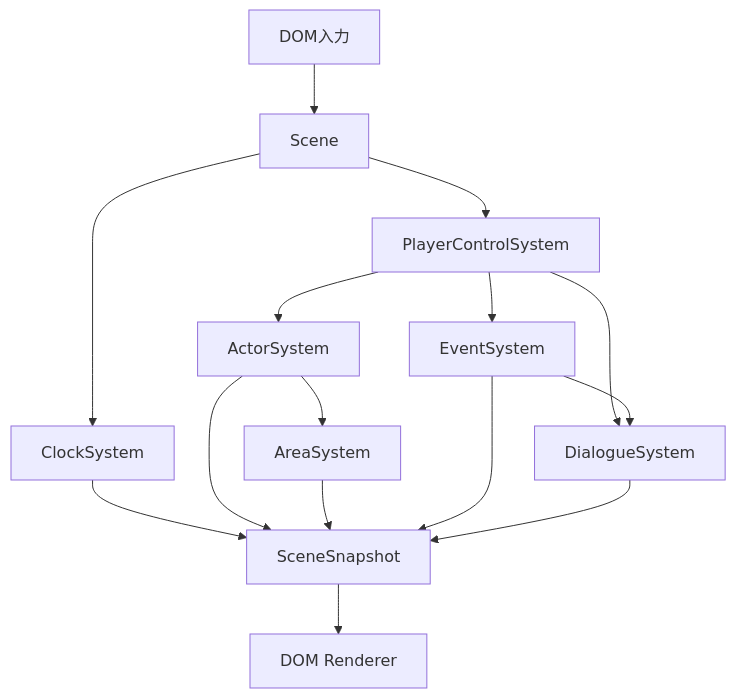
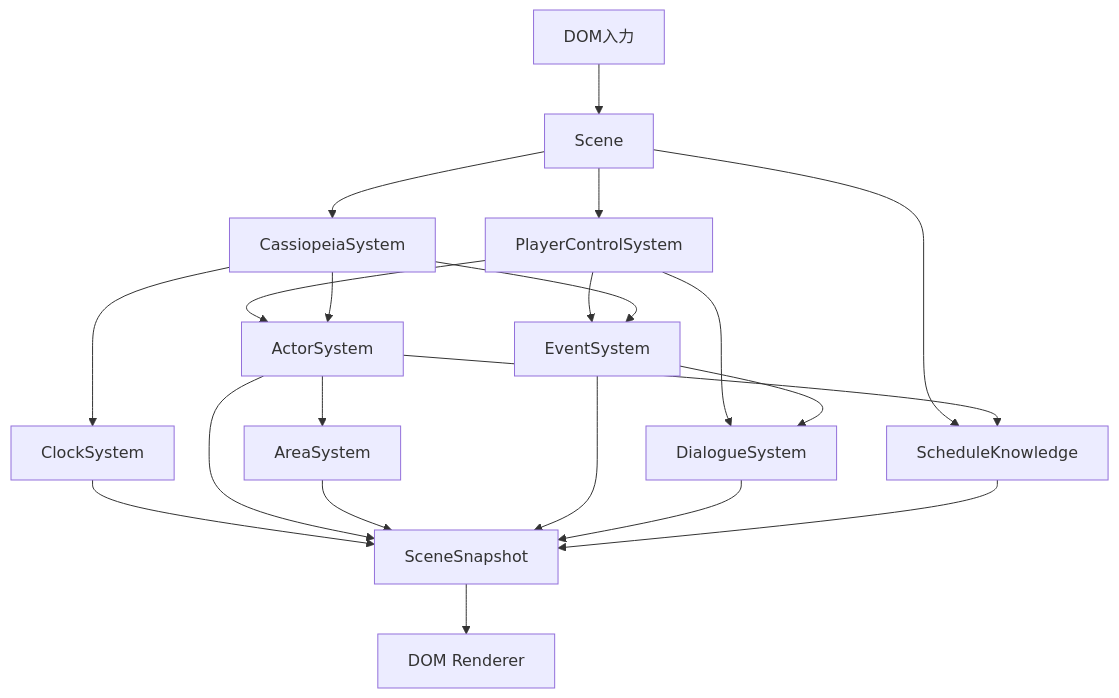
Before and after one commit to hachimitu22/negima-festival: the diagram in docs/プロトタイプver3/基本設計/システム構成.md, drawn with Mermaid. The commit also changed other lines of this file and 22 other files, not shown here.

````diff
--- a/docs/プロトタイプver3/基本設計/システム構成.md
+++ b/docs/プロトタイプver3/基本設計/システム構成.md
@@ -46,17 +61,23 @@
 ```mermaid
 flowchart TD
   DOMInput["DOM入力"] --> Scene
   Scene --> PlayerControlSystem
   PlayerControlSystem --> ActorSystem
   PlayerControlSystem --> EventSystem
   PlayerControlSystem --> DialogueSystem
   ActorSystem --> AreaSystem
   EventSystem --> DialogueSystem
-  Scene --> ClockSystem
+  Scene --> CassiopeiaSystem
+  CassiopeiaSystem --> ClockSystem
+  CassiopeiaSystem --> ActorSystem
+  CassiopeiaSystem --> EventSystem
+  Scene --> ScheduleKnowledge
+  ActorSystem --> ScheduleKnowledge
   ClockSystem --> Snapshot
   ActorSystem --> Snapshot["SceneSnapshot"]
   AreaSystem --> Snapshot
   EventSystem --> Snapshot
   DialogueSystem --> Snapshot
+  ScheduleKnowledge --> Snapshot
   Snapshot --> DOMRenderer["DOM Renderer"]
 ```
````
